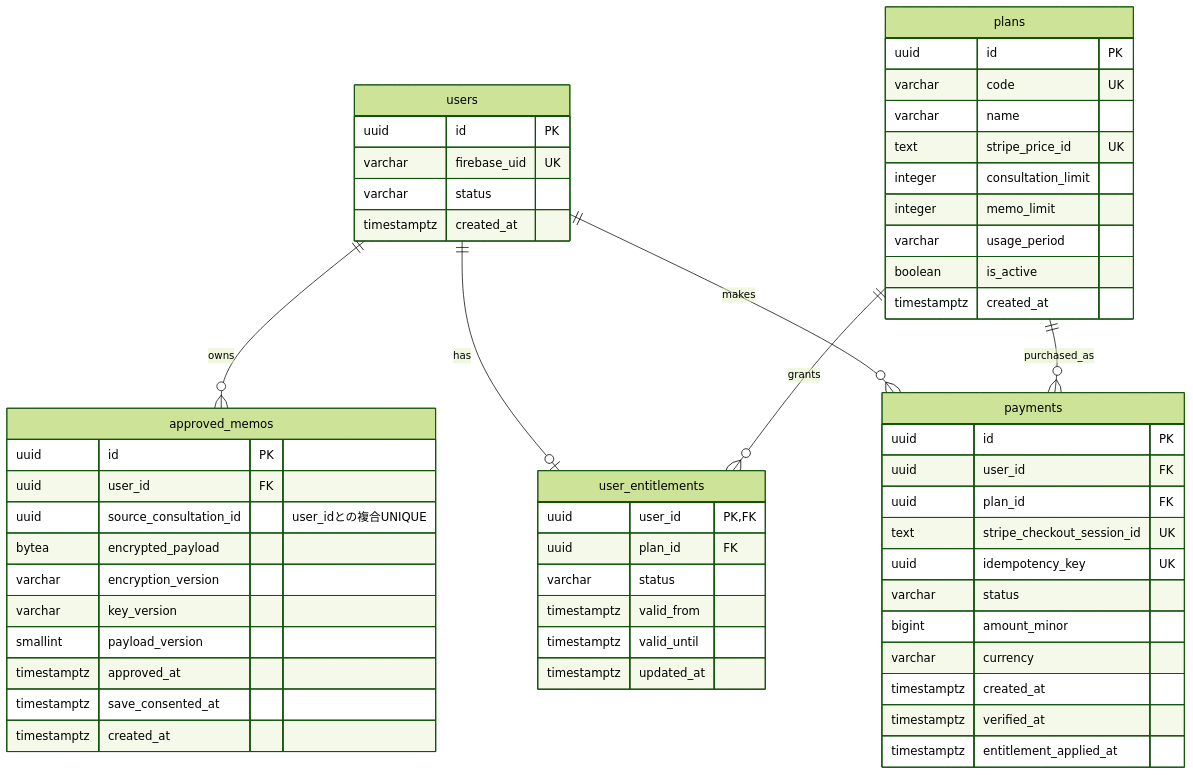
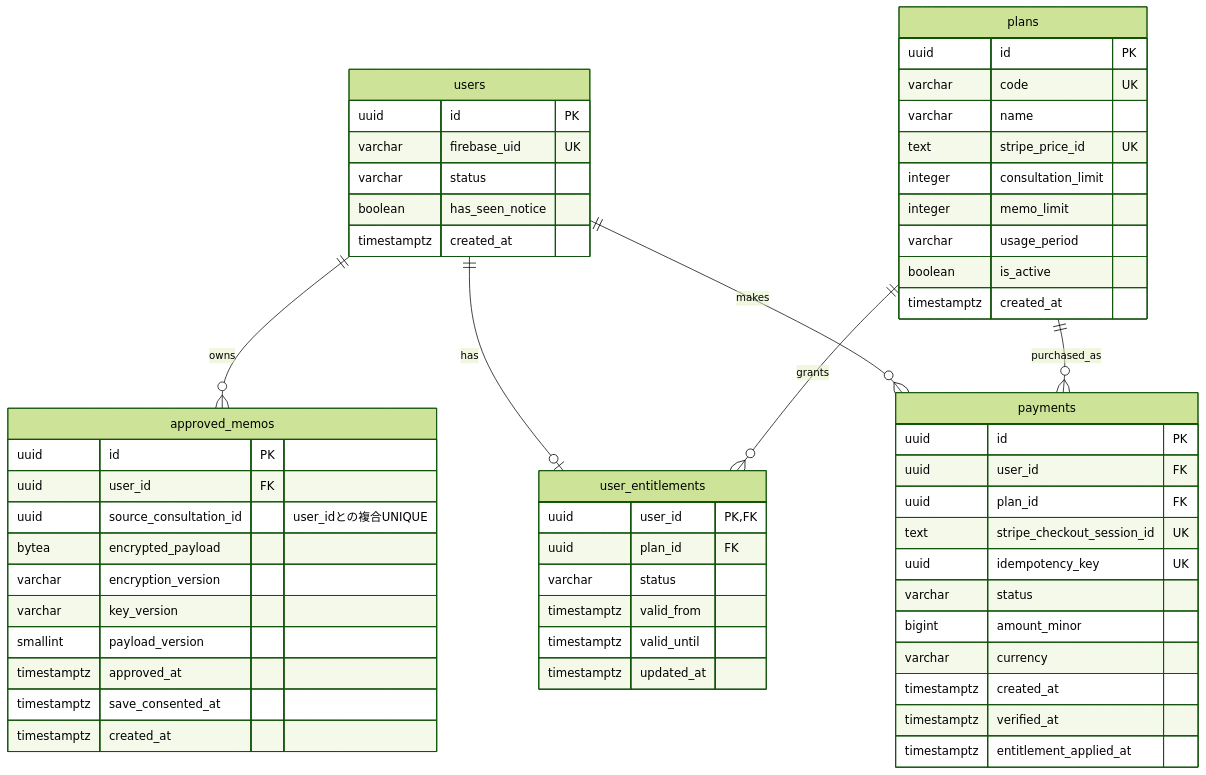
Before and after one commit to ms-engineer-bc26-05/Section9_TeamD: the diagram in docs/db-design.md, drawn with Mermaid (forest theme). The commit also changed other lines of this file, not shown here.

````diff
--- a/docs/db-design.md
+++ b/docs/db-design.md
@@ -349,63 +368,64 @@
 ```mermaid
 erDiagram
     users ||--o{ approved_memos : owns
     users ||--o| user_entitlements : has
     plans ||--o{ user_entitlements : grants
     users ||--o{ payments : makes
     plans ||--o{ payments : purchased_as
 
     users {
         uuid id PK
         varchar firebase_uid UK
         varchar status
+        boolean has_seen_notice
         timestamptz created_at
     }
 
     approved_memos {
         uuid id PK
         uuid user_id FK
         uuid source_consultation_id "user_idとの複合UNIQUE"
         bytea encrypted_payload
         varchar encryption_version
         varchar key_version
         smallint payload_version
         timestamptz approved_at
         timestamptz save_consented_at
         timestamptz created_at
     }
 
     plans {
         uuid id PK
         varchar code UK
         varchar name
         text stripe_price_id UK
         integer consultation_limit
         integer memo_limit
         varchar usage_period
         boolean is_active
         timestamptz created_at
     }
 
     user_entitlements {
         uuid user_id PK, FK
         uuid plan_id FK
         varchar status
         timestamptz valid_from
         timestamptz valid_until
         timestamptz updated_at
     }
 
     payments {
         uuid id PK
         uuid user_id FK
         uuid plan_id FK
         text stripe_checkout_session_id UK
         uuid idempotency_key UK
         varchar status
         bigint amount_minor
         varchar currency
         timestamptz created_at
         timestamptz verified_at
         timestamptz entitlement_applied_at
     }
 ```
````
